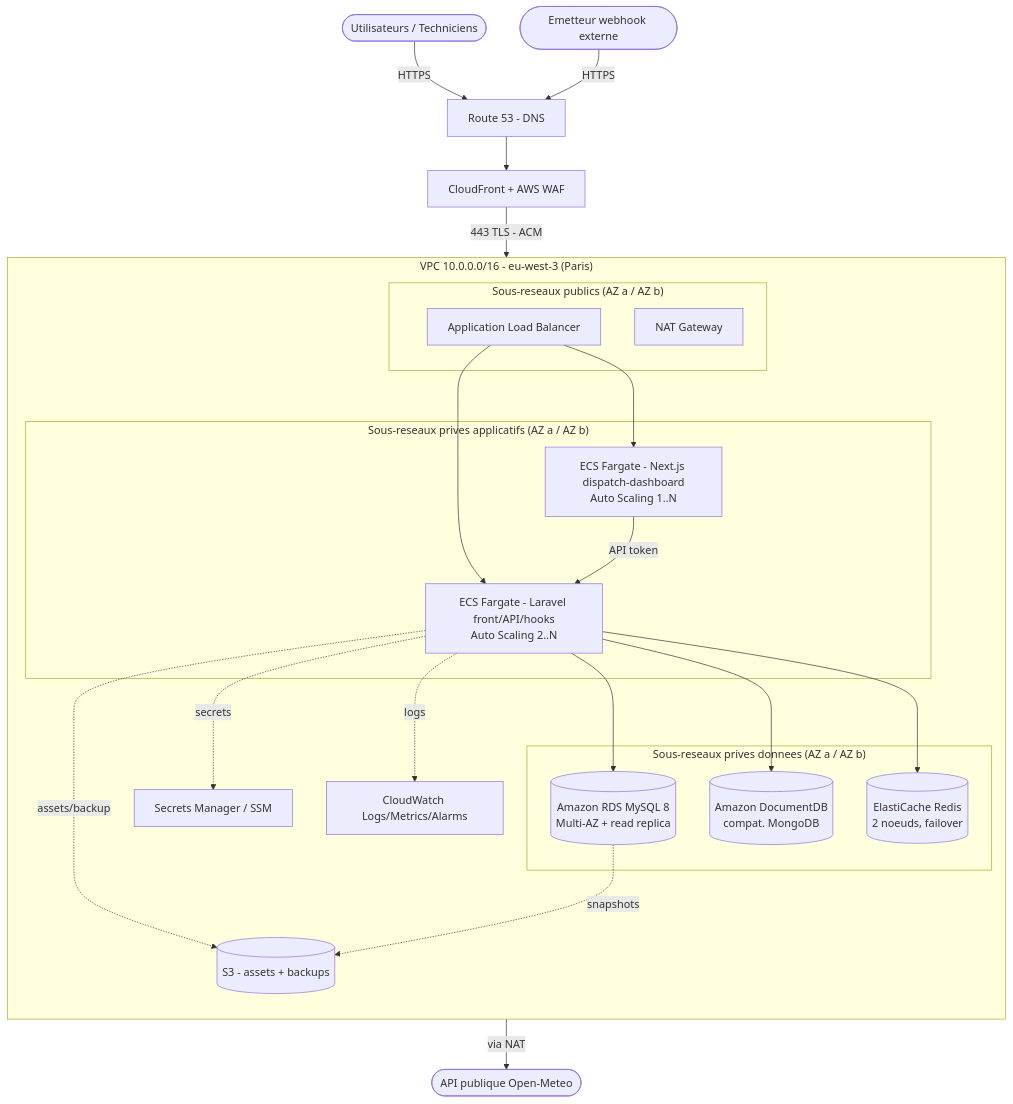
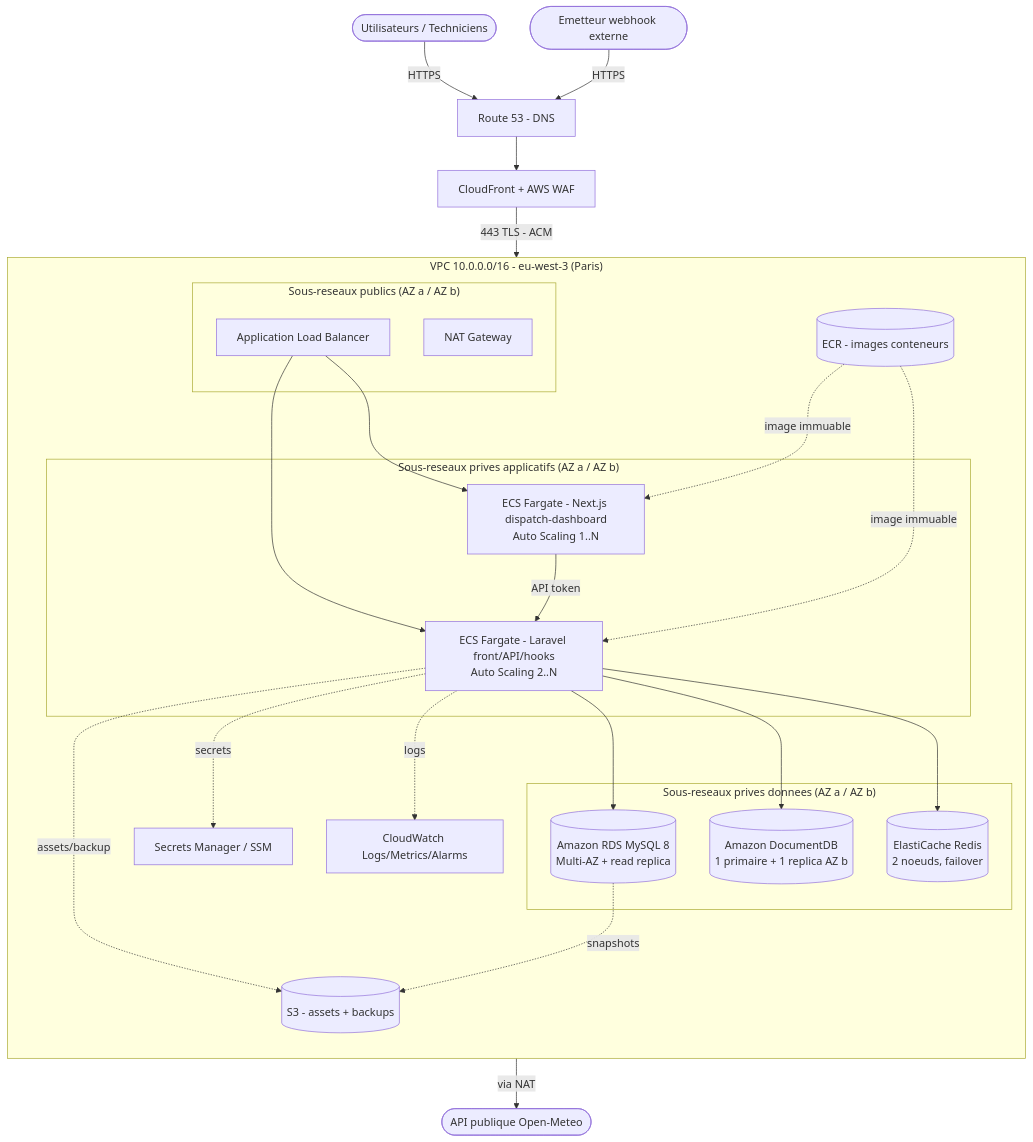
One commit to LSAleo/dfs-bloc4-evaluation-app changed the diagram in livrables/01_architecture_hebergement.md. Above: the diagram before and after it, drawn with Mermaid. The commit also changed other lines of this file, not shown here.

````diff
--- a/livrables/01_architecture_hebergement.md
+++ b/livrables/01_architecture_hebergement.md
@@ -57,39 +62,42 @@
 ```mermaid
 flowchart TB
     User([Utilisateurs / Techniciens]) -->|HTTPS| R53[Route 53 - DNS]
     Ext([Emetteur webhook externe]) -->|HTTPS| R53
     R53 --> CF[CloudFront + AWS WAF]
     CF -->|443 TLS - ACM| ALB[Application Load Balancer]
 
     subgraph VPC["VPC 10.0.0.0/16 - eu-west-3 (Paris)"]
       direction TB
       subgraph PUB["Sous-reseaux publics (AZ a / AZ b)"]
         ALB
         NAT[NAT Gateway]
       end
       subgraph PRIVAPP["Sous-reseaux prives applicatifs (AZ a / AZ b)"]
         ECS1[ECS Fargate - Laravel front/API/hooks<br/>Auto Scaling 2..N]
         ECS2[ECS Fargate - Next.js dispatch-dashboard<br/>Auto Scaling 1..N]
       end
       subgraph PRIVDATA["Sous-reseaux prives donnees (AZ a / AZ b)"]
         RDS[(Amazon RDS MySQL 8<br/>Multi-AZ + read replica)]
-        DOC[(Amazon DocumentDB<br/>compat. MongoDB)]
+        DOC[(Amazon DocumentDB<br/>1 primaire + 1 replica AZ b)]
         REDIS[(ElastiCache Redis<br/>2 noeuds, failover)]
       end
       SM[Secrets Manager / SSM]
+      ECR[(ECR - images conteneurs)]
       S3[(S3 - assets + backups)]
       CW[CloudWatch Logs/Metrics/Alarms]
     end
 
     ALB --> ECS1
     ALB --> ECS2
     ECS1 --> RDS
     ECS1 --> DOC
     ECS1 --> REDIS
     ECS2 -->|API token| ECS1
     ECS1 -->|via NAT| Meteo([API publique Open-Meteo])
     ECS1 -.secrets.-> SM
+    ECR -.image immuable.-> ECS1
+    ECR -.image immuable.-> ECS2
     ECS1 -.assets/backup.-> S3
     ECS1 -.logs.-> CW
     RDS -.snapshots.-> S3
 ```
````
